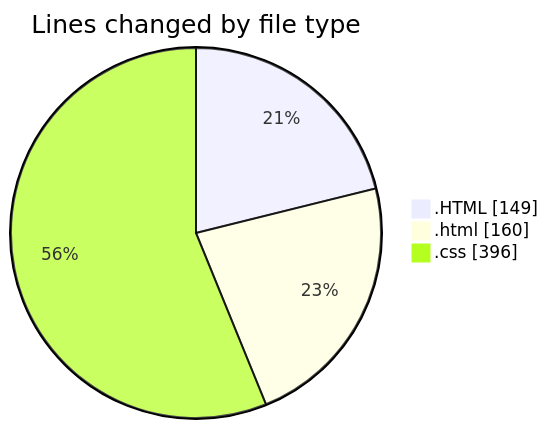
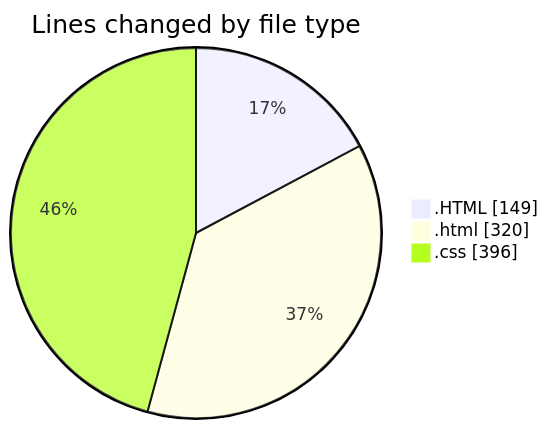
The first of 2 diagrams in 2026-09-03/web_tec_2026/README.md (Unknowalive/code-tracking), drawn with Mermaid before and after one commit. The commit also changed other lines of this file and 1 other file, not shown here.

````diff
--- a/2026-09-03/web_tec_2026/README.md
+++ b/2026-09-03/web_tec_2026/README.md
@@ -24,7 +25,7 @@
 ```mermaid
 pie showData
 title Lines changed by file type
 ".HTML" : 149
-".html" : 160
+".html" : 320
 ".css" : 396
 ```
````
